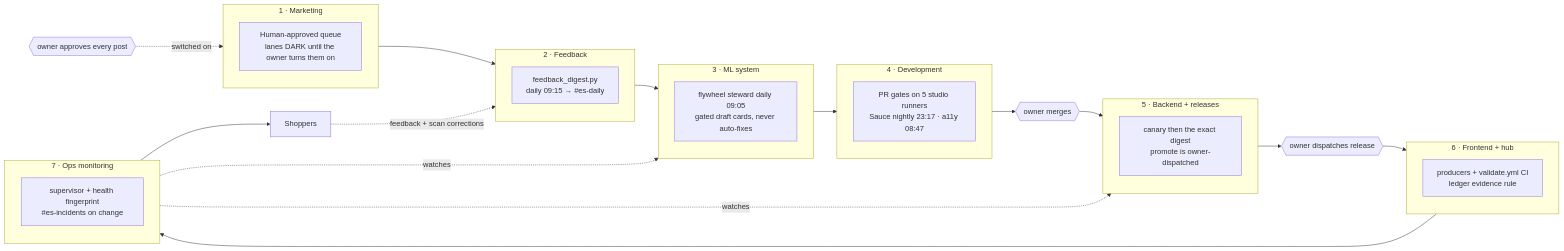
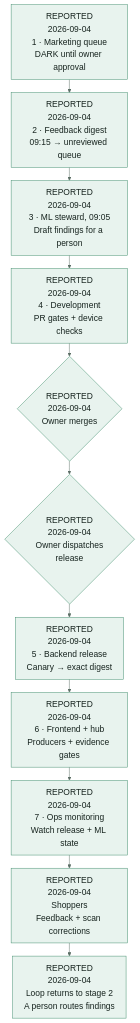
One commit to LawrenceHua/es-internship-hub changed the diagram in assets/diagrams/business-loop.mmd. Above: the diagram before and after it, drawn with Mermaid. The commit also changed 44 other files, not shown here.

Commit message:
Class-ready hub: P0/P1 fixes, business-loop diagram, release-state refresh (#36)

```diff
--- a/assets/diagrams/business-loop.mmd
+++ b/assets/diagrams/business-loop.mmd
@@ -1,28 +1,14 @@
-flowchart LR
-  subgraph MKT["1 · Marketing"]
-    M["Human-approved queue<br/>lanes DARK until the owner turns them on"]
-  end
-  subgraph FBK["2 · Feedback"]
-    F["feedback_digest.py<br/>daily 09:15 → #es-daily"]
-  end
-  subgraph MLS["3 · ML system"]
-    S["flywheel steward daily 09:05<br/>gated draft cards, never auto-fixes"]
-  end
-  subgraph DEV["4 · Development"]
-    G["PR gates on 5 studio runners<br/>Sauce nightly 23:17 · a11y 08:47"]
-  end
-  subgraph REL["5 · Backend + releases"]
-    R["canary then the exact digest<br/>promote is owner-dispatched"]
-  end
-  subgraph HUB["6 · Frontend + hub"]
-    P["producers + validate.yml CI<br/>ledger evidence rule"]
-  end
-  subgraph OPS["7 · Ops monitoring"]
-    W["supervisor + health fingerprint<br/>#es-incidents on change"]
-  end
-  U["Shoppers"]
-  MKT --> FBK --> MLS --> DEV --> MG{{"owner merges"}} --> REL --> RG{{"owner dispatches release"}} --> HUB --> OPS --> U
-  MA{{"owner approves every post"}} -. switched on .-> MKT
-  U -. "feedback + scan corrections" .-> FBK
-  OPS -. watches .-> REL
-  OPS -. watches .-> MLS
+flowchart TB
+%%{init: {"theme":"base","themeVariables":{"fontFamily":"Arial","fontSize":"18px","primaryColor":"#e8f3ee","primaryTextColor":"#17241f","primaryBorderColor":"#3d8b6a","lineColor":"#5c6f66"},"flowchart":{"htmlLabels":false,"curve":"linear","nodeSpacing":16,"rankSpacing":28,"padding":12}}}%%
+M["REPORTED<br/>2026-09-04<br/>1 · Marketing queue<br/>DARK until owner approval"]
+  F["REPORTED<br/>2026-09-04<br/>2 · Feedback digest<br/>09:15 → unreviewed queue"]
+  L["REPORTED<br/>2026-09-04<br/>3 · ML steward, 09:05<br/>Draft findings for a person"]
+  D["REPORTED<br/>2026-09-04<br/>4 · Development<br/>PR gates + device checks"]
+  MG{"REPORTED<br/>2026-09-04<br/>Owner merges"}
+  RG{"REPORTED<br/>2026-09-04<br/>Owner dispatches<br/>release"}
+  R["REPORTED<br/>2026-09-04<br/>5 · Backend release<br/>Canary → exact digest"]
+  H["REPORTED<br/>2026-09-04<br/>6 · Frontend + hub<br/>Producers + evidence gates"]
+  O["REPORTED<br/>2026-09-04<br/>7 · Ops monitoring<br/>Watch release + ML state"]
+  U["REPORTED<br/>2026-09-04<br/>Shoppers<br/>Feedback + scan corrections"]
+  B["REPORTED<br/>2026-09-04<br/>Loop returns to stage 2<br/>A person routes findings"]
+  M --> F --> L --> D --> MG --> RG --> R --> H --> O --> U --> B
```
